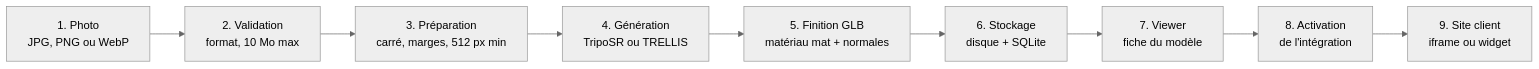
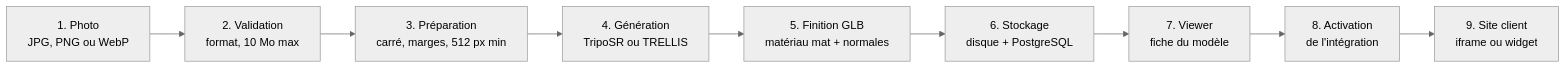
The third of 22 diagrams in docs/COMPRENDRE-FORMA3D.md (Yas-sin-e/forma3d-kit), drawn with Mermaid (neutral theme) before and after one commit. The commit also changed other lines of this file, not shown here.

Commit message:
docs: update code explanation guide for PostgreSQL

````diff
--- a/docs/COMPRENDRE-FORMA3D.md
+++ b/docs/COMPRENDRE-FORMA3D.md
@@ -190,11 +190,11 @@
 ```mermaid
 flowchart LR
     A["1. Photo<br/>JPG, PNG ou WebP"] --> B["2. Validation<br/>format, 10 Mo max"]
     B --> C["3. Préparation<br/>carré, marges, 512 px min"]
     C --> D["4. Génération<br/>TripoSR ou TRELLIS"]
     D --> E["5. Finition GLB<br/>matériau mat + normales"]
-    E --> F["6. Stockage<br/>disque + SQLite"]
+    E --> F["6. Stockage<br/>disque + PostgreSQL"]
     F --> G["7. Viewer<br/>fiche du modèle"]
     G --> H["8. Activation<br/>de l'intégration"]
     H --> I["9. Site client<br/>iframe ou widget"]
 ```
````
